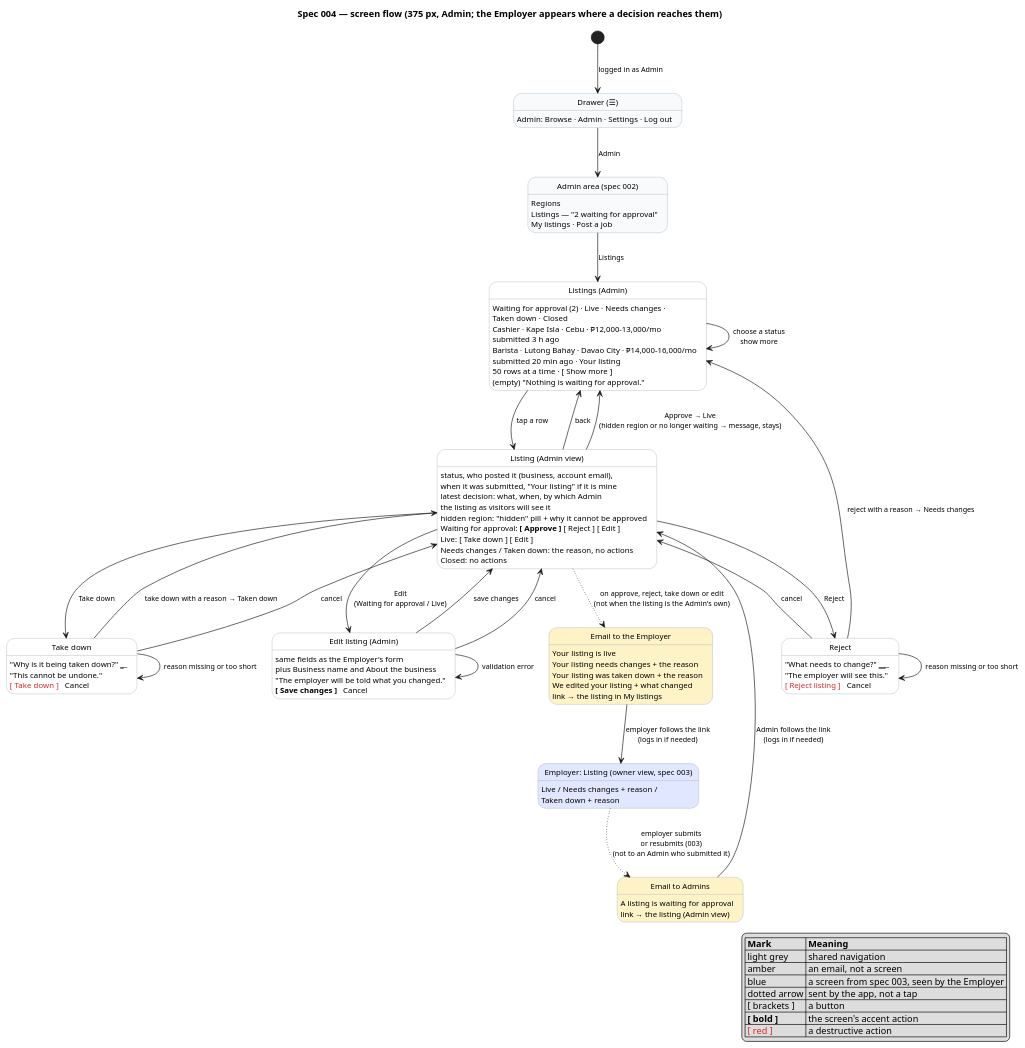
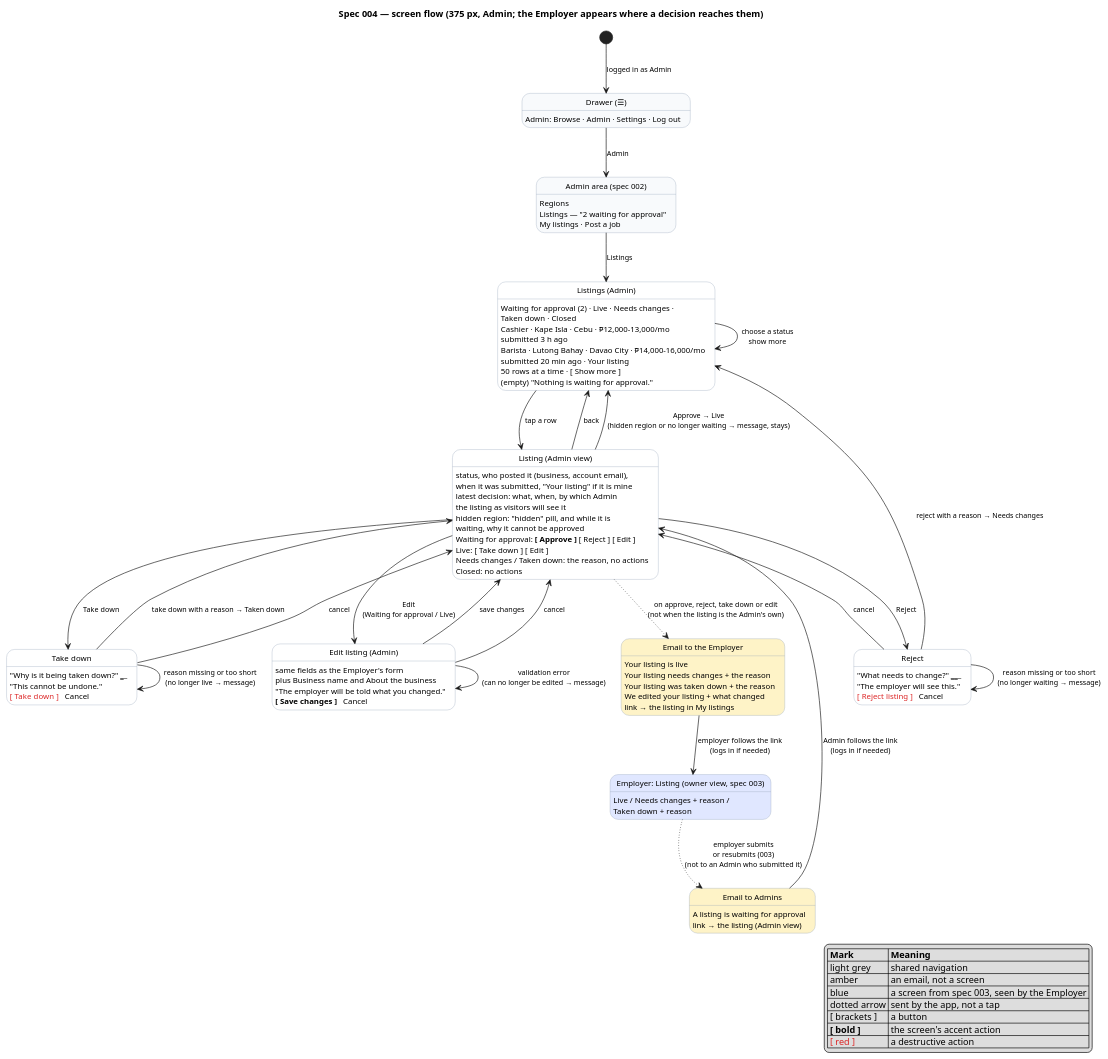
One commit to raseniero/jairojobs-elixir changed the diagram in docs/specs/004-listings-admin-moderation/diagrams/screenflow-moderation.puml. Above: the diagram before and after it, drawn with PlantUML. The commit also changed 6 other files, not shown here.

Commit message:
docs(spec 004): align three diagrams with the requirements after a full pass

```diff
--- a/docs/specs/004-listings-admin-moderation/diagrams/screenflow-moderation.puml
+++ b/docs/specs/004-listings-admin-moderation/diagrams/screenflow-moderation.puml
@@ -1,113 +1,114 @@
 @startuml screenflow-moderation
 ' Spec 004 — screen flow. Each state is a screen (key elements listed); each arrow is a user action.
 ' Every user story US-004-1..11 is a path through this diagram (see table in spec.md).
 
 hide empty description
 skinparam state {
   BackgroundColor white
   BackgroundColor<<public>> #f8fafc
   BackgroundColor<<email>> #fef3c7
   BackgroundColor<<other>> #e0e7ff
   BorderColor #94a3b8
   FontSize 12
 }
 skinparam arrowFontSize 11
 
 title Spec 004 — screen flow (375 px, Admin; the Employer appears where a decision reaches them)
 
 state "Drawer (☰)" as Drawer <<public>>
 Drawer : Admin: Browse · Admin · Settings · Log out
 
 state "Admin area (spec 002)" as AdminArea <<public>>
 AdminArea : Regions
 AdminArea : Listings — "2 waiting for approval"
 AdminArea : My listings · Post a job
 
 state "Listings (Admin)" as Listings
 Listings : Waiting for approval (2) · Live · Needs changes ·
 Listings : Taken down · Closed
 Listings : Cashier · Kape Isla · Cebu · ₱12,000–13,000/mo
 Listings : submitted 3 h ago
 Listings : Barista · Lutong Bahay · Davao City · ₱14,000–16,000/mo
 Listings : submitted 20 min ago · Your listing
 Listings : 50 rows at a time · [ Show more ]
 Listings : (empty) "Nothing is waiting for approval."
 
 state "Listing (Admin view)" as Review
 Review : status, who posted it (business, account email),
 Review : when it was submitted, "Your listing" if it is mine
 Review : latest decision: what, when, by which Admin
 Review : the listing as visitors will see it
-Review : hidden region: "hidden" pill + why it cannot be approved
+Review : hidden region: "hidden" pill, and while it is
+Review : waiting, why it cannot be approved
 Review : Waiting for approval: **[ Approve ]** [ Reject ] [ Edit ]
 Review : Live: [ Take down ] [ Edit ]
 Review : Needs changes / Taken down: the reason, no actions
 Review : Closed: no actions
 
 state "Reject" as Reject
 Reject : "What needs to change?" ___________
 Reject : "The employer will see this."
 Reject : <color:#dc2626>[ Reject listing ]</color>   Cancel
 
 state "Take down" as TakeDown
 TakeDown : "Why is it being taken down?" ______
 TakeDown : "This cannot be undone."
 TakeDown : <color:#dc2626>[ Take down ]</color>   Cancel
 
 state "Edit listing (Admin)" as Edit
 Edit : same fields as the Employer's form
 Edit : plus Business name and About the business
 Edit : "The employer will be told what you changed."
 Edit : **[ Save changes ]**   Cancel
 
 state "Email to the Employer" as MailEmployer <<email>>
 MailEmployer : Your listing is live
 MailEmployer : Your listing needs changes + the reason
 MailEmployer : Your listing was taken down + the reason
 MailEmployer : We edited your listing + what changed
 MailEmployer : link → the listing in My listings
 
 state "Email to Admins" as MailAdmins <<email>>
 MailAdmins : A listing is waiting for approval
 MailAdmins : link → the listing (Admin view)
 
 state "Employer: Listing (owner view, spec 003)" as Owner <<other>>
 Owner : Live / Needs changes + reason /
 Owner : Taken down + reason
 
 [*] --> Drawer : logged in as Admin
 Drawer --> AdminArea : Admin
 AdminArea --> Listings : Listings
 Listings --> Listings : choose a status\nshow more
 Listings --> Review : tap a row
 Review --> Listings : back
 Review --> Listings : Approve → Live\n(hidden region or no longer waiting → message, stays)
 Review --> Reject : Reject
 Reject --> Listings : reject with a reason → Needs changes
-Reject --> Reject : reason missing or too short
+Reject --> Reject : reason missing or too short\n(no longer waiting → message)
 Reject --> Review : cancel
 Review --> TakeDown : Take down
 TakeDown --> Review : take down with a reason → Taken down
-TakeDown --> TakeDown : reason missing or too short
+TakeDown --> TakeDown : reason missing or too short\n(no longer live → message)
 TakeDown --> Review : cancel
 Review --> Edit : Edit\n(Waiting for approval / Live)
 Edit --> Review : save changes
-Edit --> Edit : validation error
+Edit --> Edit : validation error\n(can no longer be edited → message)
 Edit --> Review : cancel
 
 Review -[dotted]-> MailEmployer : on approve, reject, take down or edit\n(not when the listing is the Admin's own)
 MailEmployer --> Owner : employer follows the link\n(logs in if needed)
 Owner -[dotted]-> MailAdmins : employer submits\nor resubmits (003)\n(not to an Admin who submitted it)
 MailAdmins --> Review : Admin follows the link\n(logs in if needed)
 
 legend right
   |= Mark |= Meaning |
   | light grey | shared navigation |
   | amber | an email, not a screen |
   | blue | a screen from spec 003, seen by the Employer |
   | dotted arrow | sent by the app, not a tap |
   | [ brackets ] | a button |
   | **[ bold ]** | the screen's accent action |
   | <color:#dc2626>[ red ]</color> | a destructive action |
 endlegend
 @enduml
```
